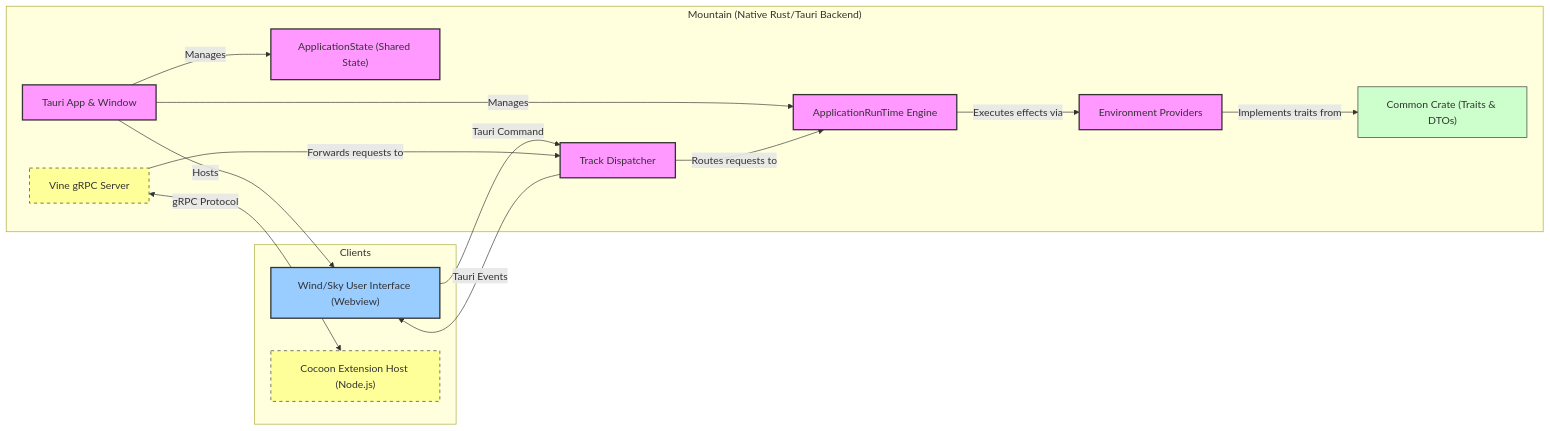
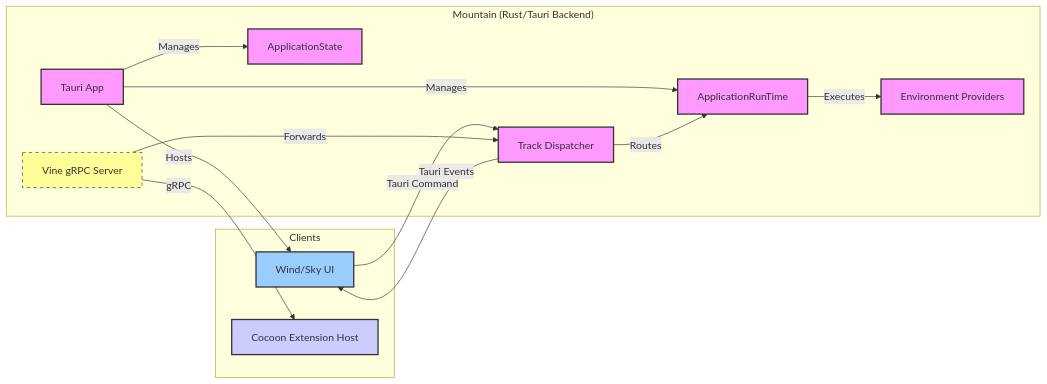
One commit to CodeEditorLand/Mountain changed the diagram in README.md. Above: the diagram before and after it, drawn with Mermaid. The commit also changed other lines of this file, not shown here.

````diff
--- a/README.md
+++ b/README.md
@@ -136,37 +115,32 @@
 ```mermaid
 graph LR
-    classDef Mountain fill:#f9f,stroke:#333,stroke-width:2px;
-    classDef Cocoon fill:#ccf,stroke:#333,stroke-width:2px;
-    classDef Wind fill:#9cf,stroke:#333,stroke-width:2px;
-    classDef Common fill:#cfc,stroke:#333,stroke-width:1px;
-    classDef IPC fill:#ff9,stroke:#333,stroke-width:1px,stroke-dasharray: 5 5;
+    classDef Mountain fill:#f9f,stroke:#333,stroke-width:2px
+    classDef Cocoon fill:#ccf,stroke:#333,stroke-width:2px
+    classDef Wind fill:#9cf,stroke:#333,stroke-width:2px
+    classDef Common fill:#cfc,stroke:#333,stroke-width:1px
+    classDef IPC fill:#ff9,stroke:#333,stroke-width:1px,stroke-dasharray: 5 5
 
-    subgraph "Mountain (Native Rust/Tauri Backend)"
-        TauriRuntime[Tauri App & Window]:::Mountain
-        ApplicationRunTime[ApplicationRunTime Engine]:::Mountain
-        ApplicationState["ApplicationState (Shared State)"]:::Mountain
+    subgraph "Mountain (Rust/Tauri Backend)"
+        TauriRuntime[Tauri App]:::Mountain
+        ApplicationRunTime[ApplicationRunTime]:::Mountain
+        ApplicationState[ApplicationState]:::Mountain
         TrackDispatcher[Track Dispatcher]:::Mountain
         VinegRPC[Vine gRPC Server]:::IPC
         EnvironmentProviders[Environment Providers]:::Mountain
-        CommonCrate["Common Crate (Traits & DTOs)"]:::Common
-
-        TauriRuntime -- Manages --> ApplicationState
-        TauriRuntime -- Manages --> ApplicationRunTime
-        ApplicationRunTime -- Executes effects via --> EnvironmentProviders
-        TrackDispatcher -- Routes requests to --> ApplicationRunTime
     end
 
     subgraph "Clients"
-        WindUI["Wind/Sky User Interface (Webview)"]:::Wind
-        CocoonSideCar["Cocoon Extension Host (Node.js)"]:::Cocoon
+        WindUI[Wind/Sky UI]:::Wind
+        CocoonSideCar[Cocoon Extension Host]:::Cocoon
     end
 
+    TauriRuntime -- Manages --> ApplicationState
+    TauriRuntime -- Manages --> ApplicationRunTime
+    ApplicationRunTime -- Executes --> EnvironmentProviders
+    TrackDispatcher -- Routes --> ApplicationRunTime
     TauriRuntime -- Hosts --> WindUI
     WindUI -- Tauri Command --> TrackDispatcher
     TrackDispatcher -- Tauri Events --> WindUI
-
-    VinegRPC -- gRPC Protocol <--> CocoonSideCar; class VinegRPC,CocoonSideCar IPC
-    VinegRPC -- Forwards requests to --> TrackDispatcher
-
-    EnvironmentProviders -- Implements traits from --> CommonCrate
+    VinegRPC -- gRPC --> CocoonSideCar
+    VinegRPC -- Forwards --> TrackDispatcher
 ```
````
